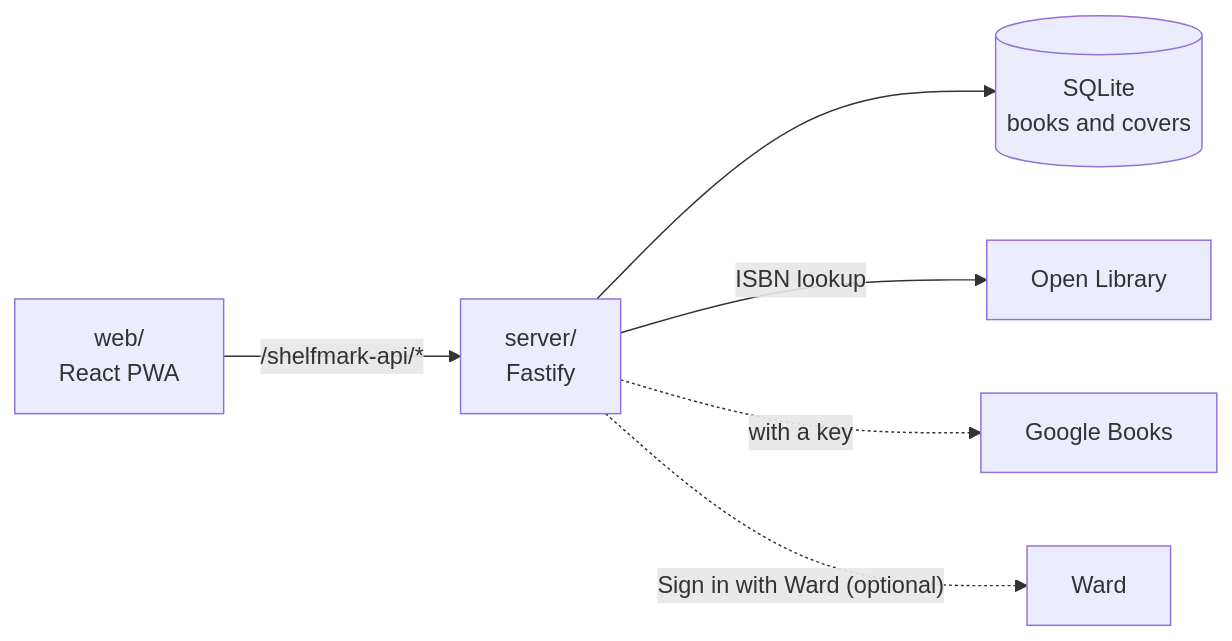
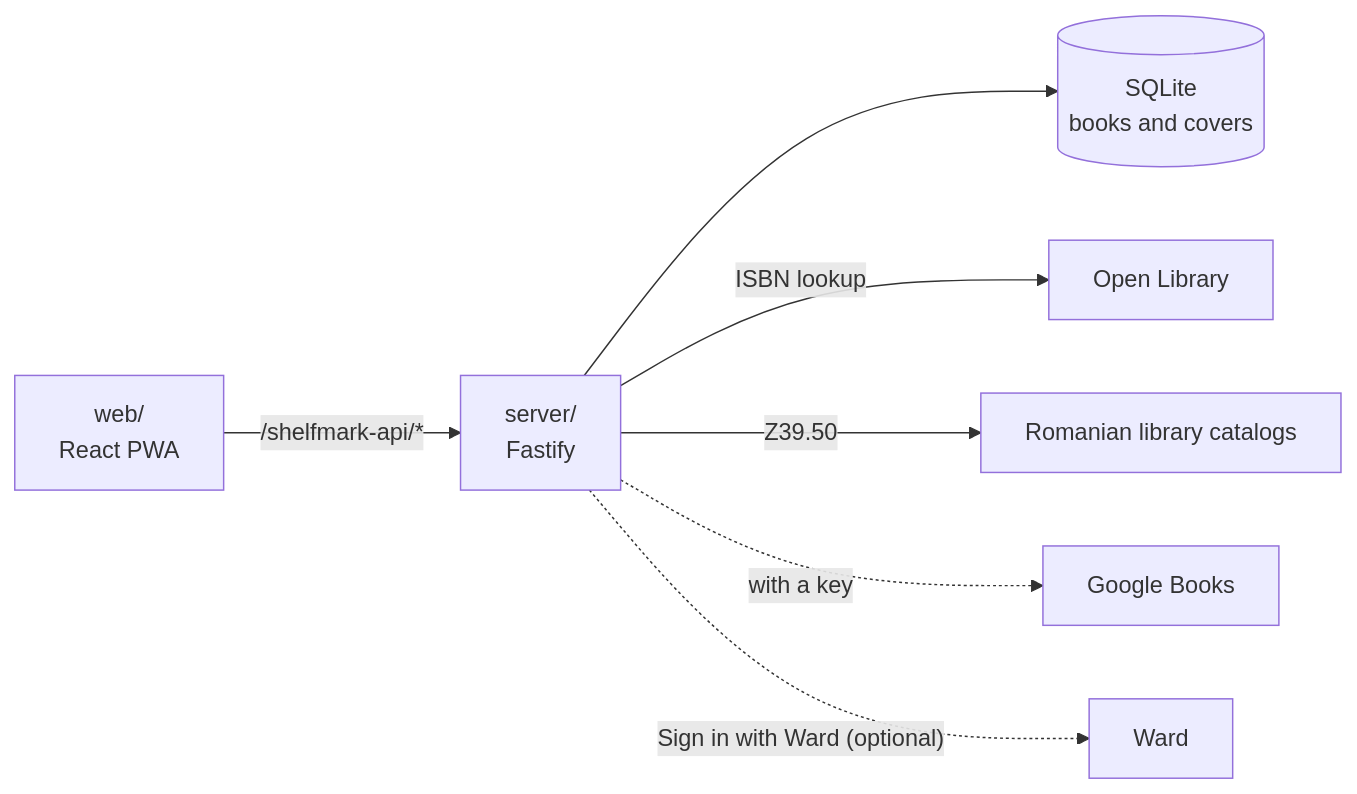
One commit to gandolh/shelfmark changed the diagram in README.md. Above: the diagram before and after it, drawn with Mermaid. The commit also changed other lines of this file and 43 other files, not shown here.

First line of the commit message:
Look up Romanian books in three library catalogs over Z39.50

````diff
--- a/README.md
+++ b/README.md
@@ -38,8 +38,9 @@
 ```mermaid
 flowchart LR
   web["web/<br/>React PWA"] -- "/shelfmark-api/*" --> api["server/<br/>Fastify"]
   api --> db[("SQLite<br/>books and covers")]
   api -- "ISBN lookup" --> ol["Open Library"]
+  api -- "Z39.50" --> libs["Romanian library catalogs"]
   api -. "with a key" .-> gb["Google Books"]
   api -. "Sign in with Ward (optional)" .-> ward["Ward"]
 ```
````
